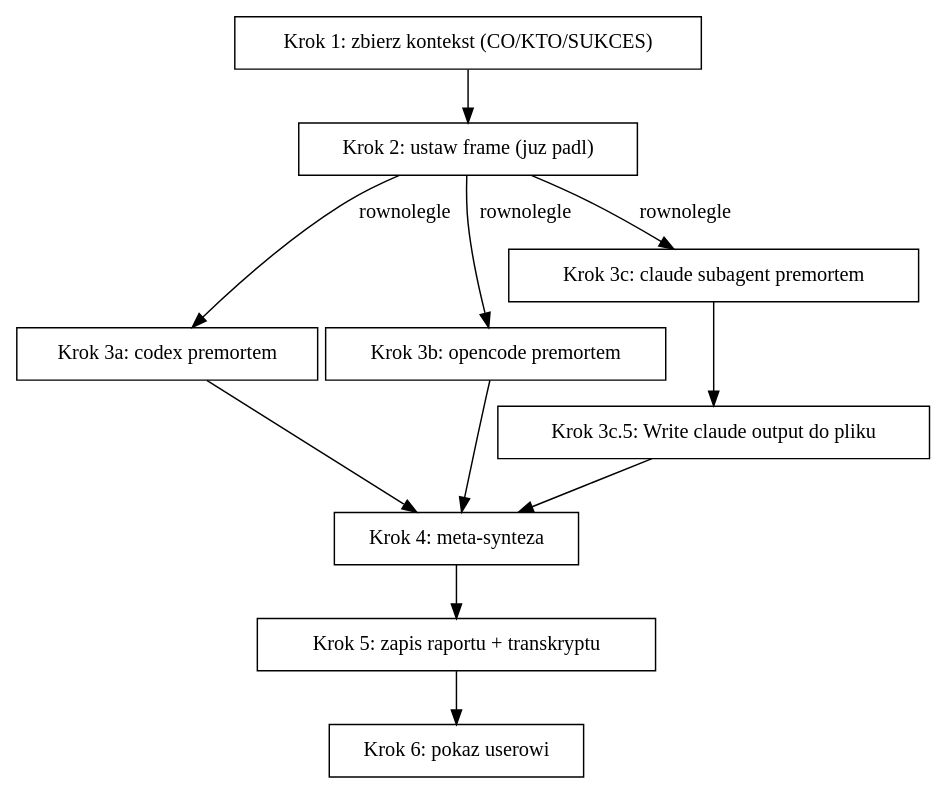
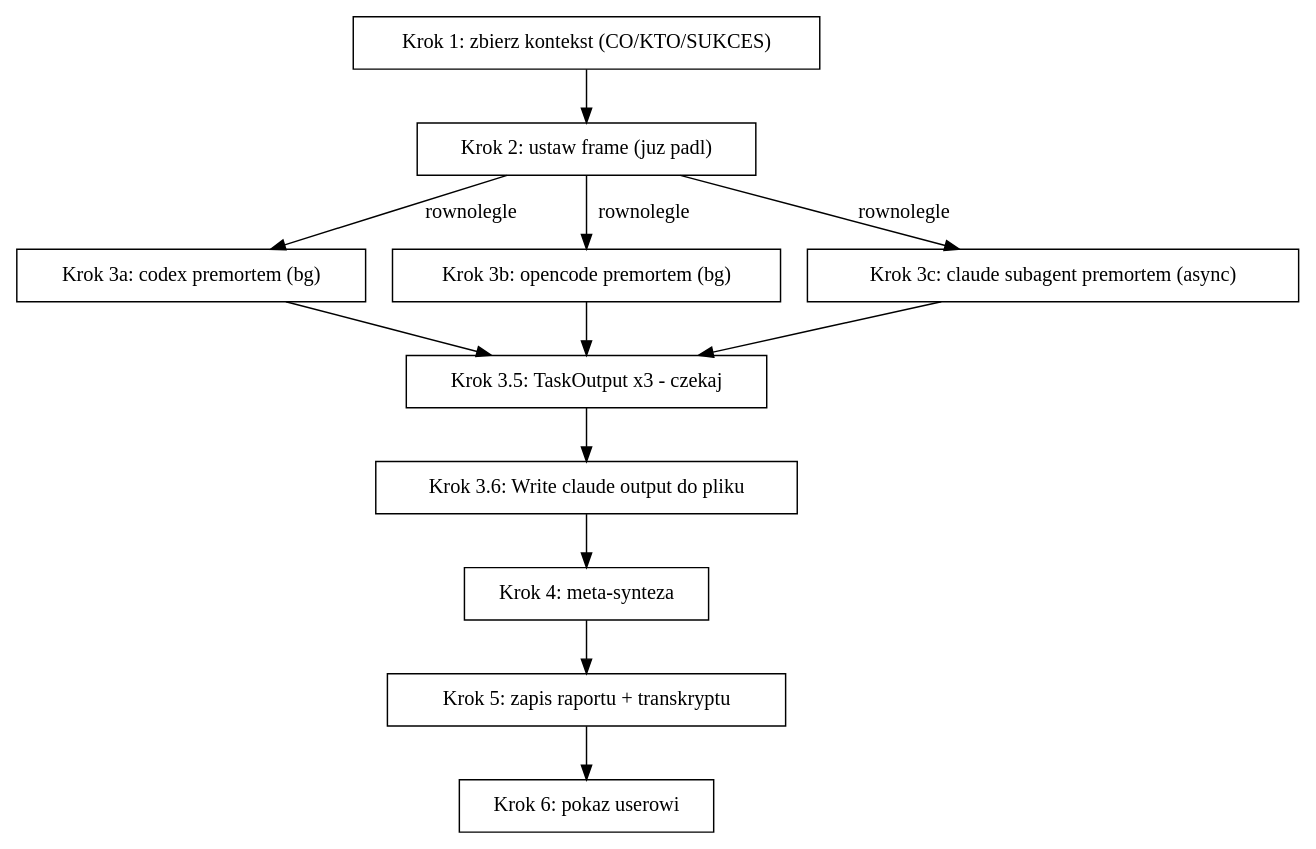
The diagram in plugins/premortem-multiple/skills/premortem-multiple/SKILL.md (iplweb/claude-skills), drawn with Graphviz before and after one commit. The commit also changed other lines of this file and 5 other files, not shown here.

````diff
--- a/plugins/premortem-multiple/skills/premortem-multiple/SKILL.md
+++ b/plugins/premortem-multiple/skills/premortem-multiple/SKILL.md
@@ -41,24 +47,26 @@
 ```dot
 digraph flow {
   "Krok 1: zbierz kontekst (CO/KTO/SUKCES)" [shape=box];
   "Krok 2: ustaw frame (juz padl)" [shape=box];
-  "Krok 3a: codex premortem" [shape=box];
-  "Krok 3b: opencode premortem" [shape=box];
-  "Krok 3c: claude subagent premortem" [shape=box];
-  "Krok 3c.5: Write claude output do pliku" [shape=box];
+  "Krok 3a: codex premortem (bg)" [shape=box];
+  "Krok 3b: opencode premortem (bg)" [shape=box];
+  "Krok 3c: claude subagent premortem (async)" [shape=box];
+  "Krok 3.5: TaskOutput x3 - czekaj" [shape=box];
+  "Krok 3.6: Write claude output do pliku" [shape=box];
   "Krok 4: meta-synteza" [shape=box];
   "Krok 5: zapis raportu + transkryptu" [shape=box];
   "Krok 6: pokaz userowi" [shape=box];
 
   "Krok 1: zbierz kontekst (CO/KTO/SUKCES)" -> "Krok 2: ustaw frame (juz padl)";
-  "Krok 2: ustaw frame (juz padl)" -> "Krok 3a: codex premortem" [label="rownolegle"];
-  "Krok 2: ustaw frame (juz padl)" -> "Krok 3b: opencode premortem" [label="rownolegle"];
-  "Krok 2: ustaw frame (juz padl)" -> "Krok 3c: claude subagent premortem" [label="rownolegle"];
-  "Krok 3c: claude subagent premortem" -> "Krok 3c.5: Write claude output do pliku";
-  "Krok 3a: codex premortem" -> "Krok 4: meta-synteza";
-  "Krok 3b: opencode premortem" -> "Krok 4: meta-synteza";
-  "Krok 3c.5: Write claude output do pliku" -> "Krok 4: meta-synteza";
+  "Krok 2: ustaw frame (juz padl)" -> "Krok 3a: codex premortem (bg)" [label="rownolegle"];
+  "Krok 2: ustaw frame (juz padl)" -> "Krok 3b: opencode premortem (bg)" [label="rownolegle"];
+  "Krok 2: ustaw frame (juz padl)" -> "Krok 3c: claude subagent premortem (async)" [label="rownolegle"];
+  "Krok 3a: codex premortem (bg)" -> "Krok 3.5: TaskOutput x3 - czekaj";
+  "Krok 3b: opencode premortem (bg)" -> "Krok 3.5: TaskOutput x3 - czekaj";
+  "Krok 3c: claude subagent premortem (async)" -> "Krok 3.5: TaskOutput x3 - czekaj";
+  "Krok 3.5: TaskOutput x3 - czekaj" -> "Krok 3.6: Write claude output do pliku";
+  "Krok 3.6: Write claude output do pliku" -> "Krok 4: meta-synteza";
   "Krok 4: meta-synteza" -> "Krok 5: zapis raportu + transkryptu";
   "Krok 5: zapis raportu + transkryptu" -> "Krok 6: pokaz userowi";
 }
 ```
````
